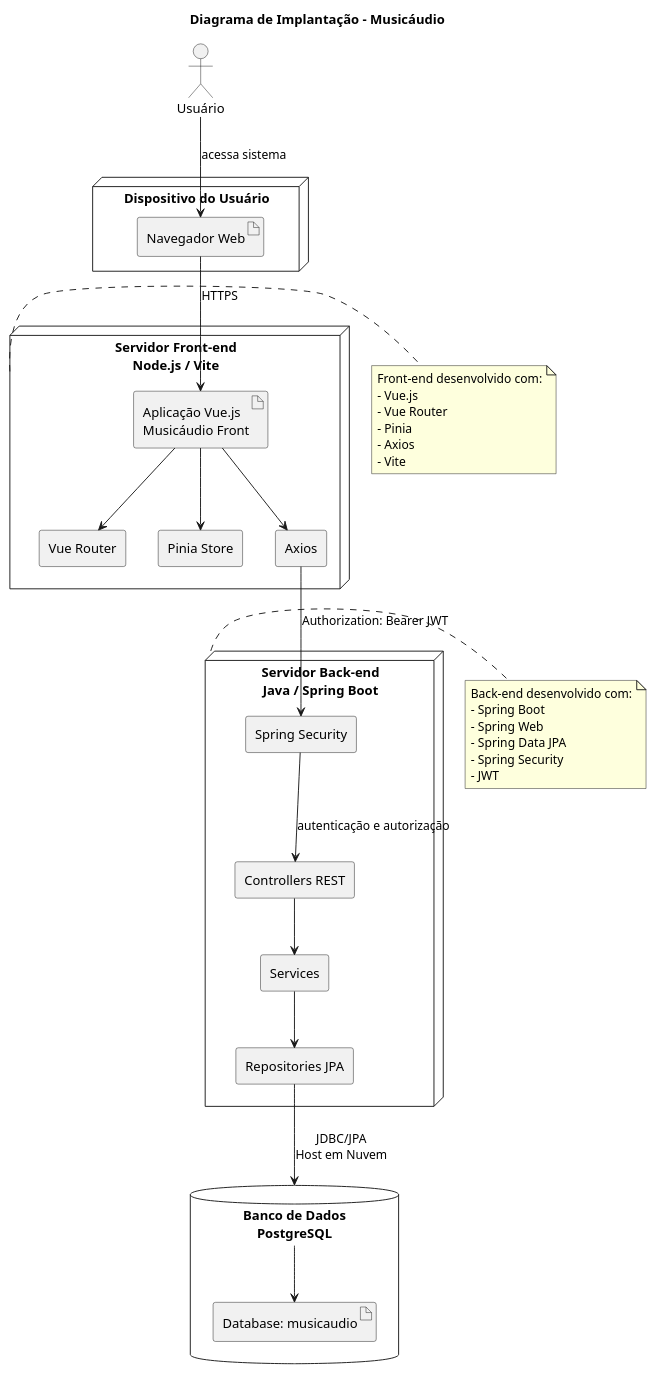
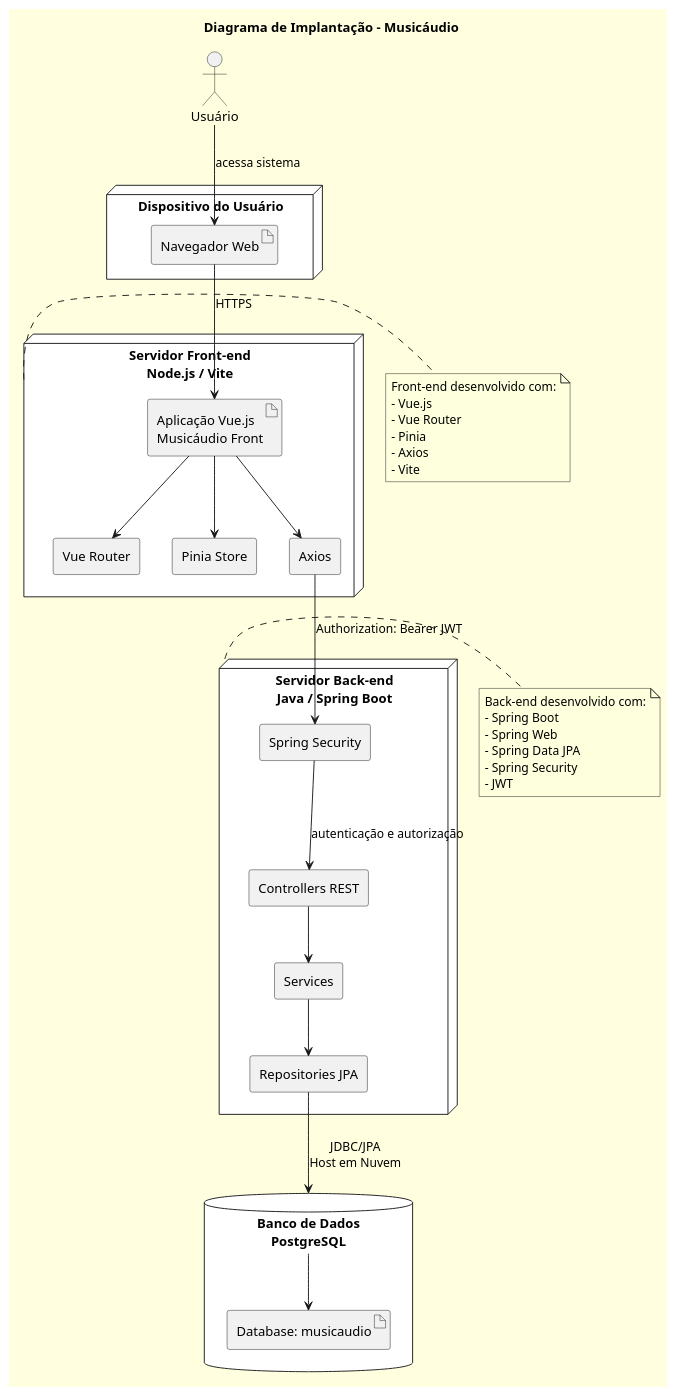
Before and after one commit to JorgeSkraba/Musicaudio_UML: the diagram in Implantação.puml, drawn with PlantUML. The commit also changed 9 other files, not shown here.

```diff
--- a/Implantação.puml
+++ b/Implantação.puml
@@ -1,65 +1,65 @@
 @startuml
 title Diagrama de Implantação - Musicáudio
 
-skinparam shadowing false
+skinparam backgroundColor lightyellow
 skinparam componentStyle rectangle
 
 actor "Usuário" as usuario
 
-node "Dispositivo do Usuário" {
+node "Dispositivo do Usuário" #white {
   artifact "Navegador Web" as browser
 }
 
-node "Servidor Front-end\nNode.js / Vite" as frontend {
+node "Servidor Front-end\nNode.js / Vite" as frontend #white {
   artifact "Aplicação Vue.js\nMusicáudio Front" as vue
   component "Vue Router" as router
   component "Pinia Store" as pinia
   component "Axios" as axios
 }
 
-node "Servidor Back-end\nJava / Spring Boot" as backend {
+node "Servidor Back-end\nJava / Spring Boot" as backend #white {
 
   component "Controllers REST" as controllers
   component "Spring Security" as security
   component "Services" as services
   component "Repositories JPA" as repositories
 }
 
-database "Banco de Dados\nPostgreSQL" as postgres {
+database "Banco de Dados\nPostgreSQL" as postgres #white {
   artifact "Database: musicaudio" as db
 }
 
 usuario --> browser : acessa sistema
 browser --> vue : HTTPS
 
 vue --> router
 vue --> pinia
 vue --> axios
 
 axios --> security : Authorization: Bearer JWT
 security --> controllers : autenticação e autorização
 controllers --> services
 services --> repositories
 repositories --> postgres : JDBC/JPA\nHost em Nuvem
 
 postgres --> db
 
 note right of frontend
 Front-end desenvolvido com:
 - Vue.js
 - Vue Router
 - Pinia
 - Axios
 - Vite
 end note
 
 note right of backend
 Back-end desenvolvido com:
 - Spring Boot
 - Spring Web
 - Spring Data JPA
 - Spring Security
 - JWT
 end note
 
 @enduml
```
